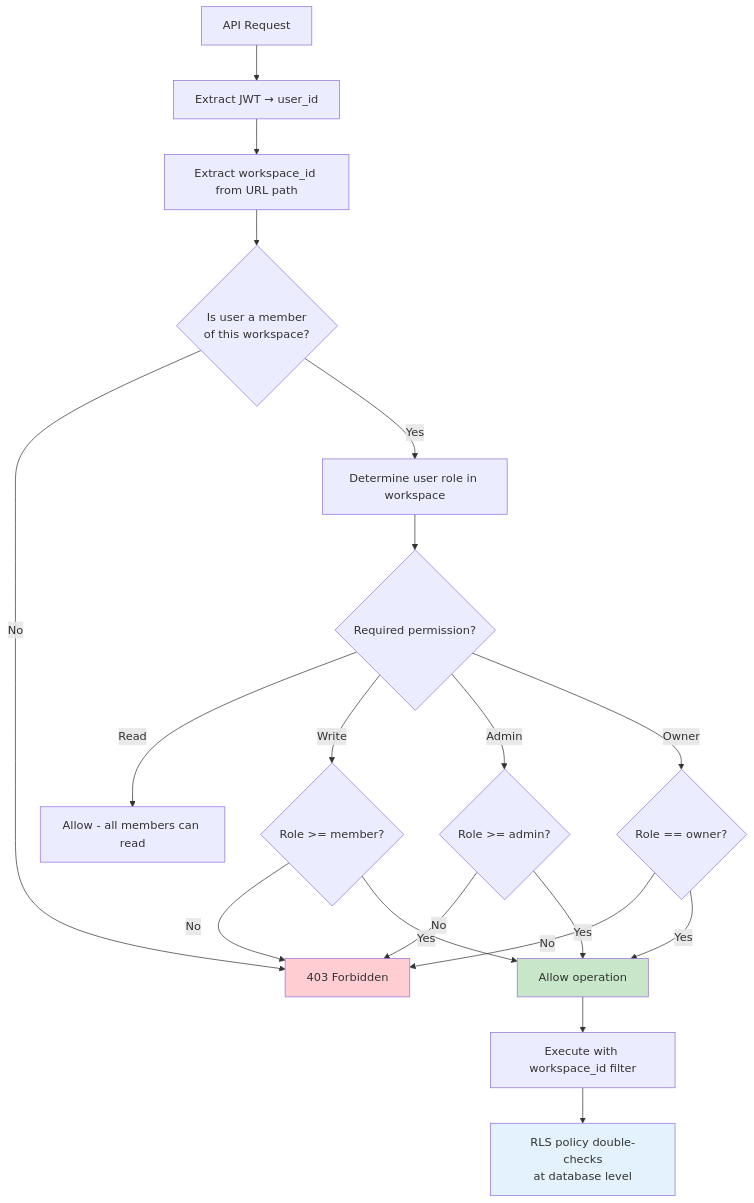
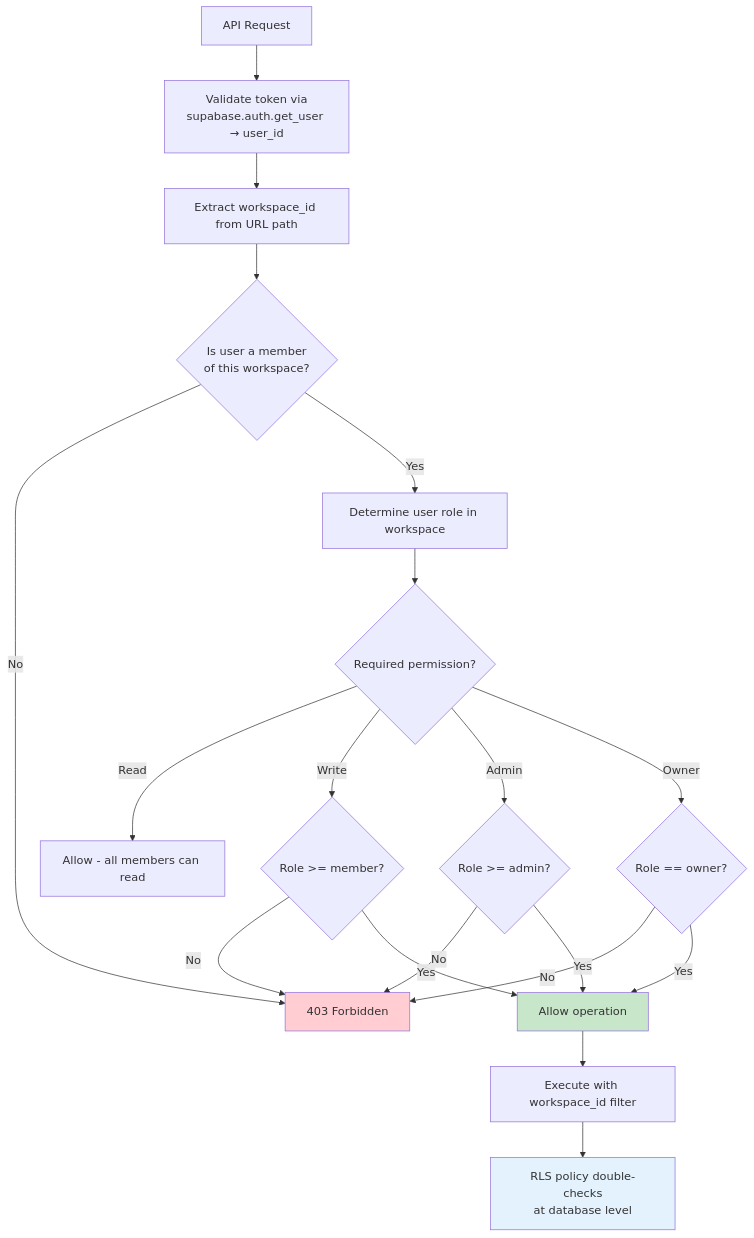
Before and after one commit to cvrvai/OPPM-AI-work-management-system: the sixth of 7 diagrams in docs/FLOWCHARTS.md, drawn with Mermaid. The commit also changed other lines of this file and 32 other files, not shown here.

````diff
--- a/docs/FLOWCHARTS.md
+++ b/docs/FLOWCHARTS.md
@@ -168,32 +169,32 @@
 ```mermaid
 flowchart TD
-    A[API Request] --> B[Extract JWT → user_id]
+    A[API Request] --> B[Validate token via<br/>supabase.auth.get_user → user_id]
     B --> C[Extract workspace_id from URL path]
     C --> D{Is user a member<br/>of this workspace?}
 
     D -->|No| E[403 Forbidden]
     D -->|Yes| F[Determine user role in workspace]
 
     F --> G{Required permission?}
 
     G -->|Read| H[Allow - all members can read]
     G -->|Write| I{Role >= member?}
     G -->|Admin| J{Role >= admin?}
     G -->|Owner| K{Role == owner?}
 
     I -->|No| E
     I -->|Yes| L[Allow operation]
 
     J -->|No| E
     J -->|Yes| L
 
     K -->|No| E
     K -->|Yes| L
 
     L --> M[Execute with workspace_id filter]
     M --> N[RLS policy double-checks<br/>at database level]
 
     style E fill:#ffcdd2
     style L fill:#c8e6c9
     style N fill:#e3f2fd
 ```
````
